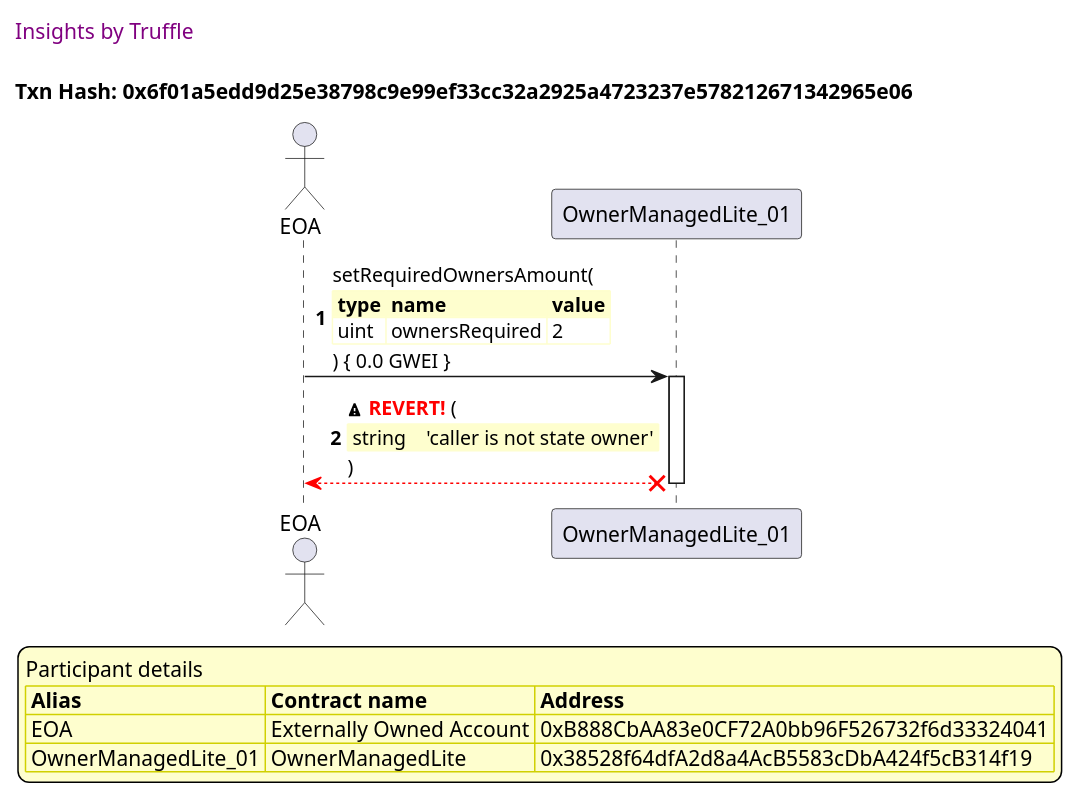
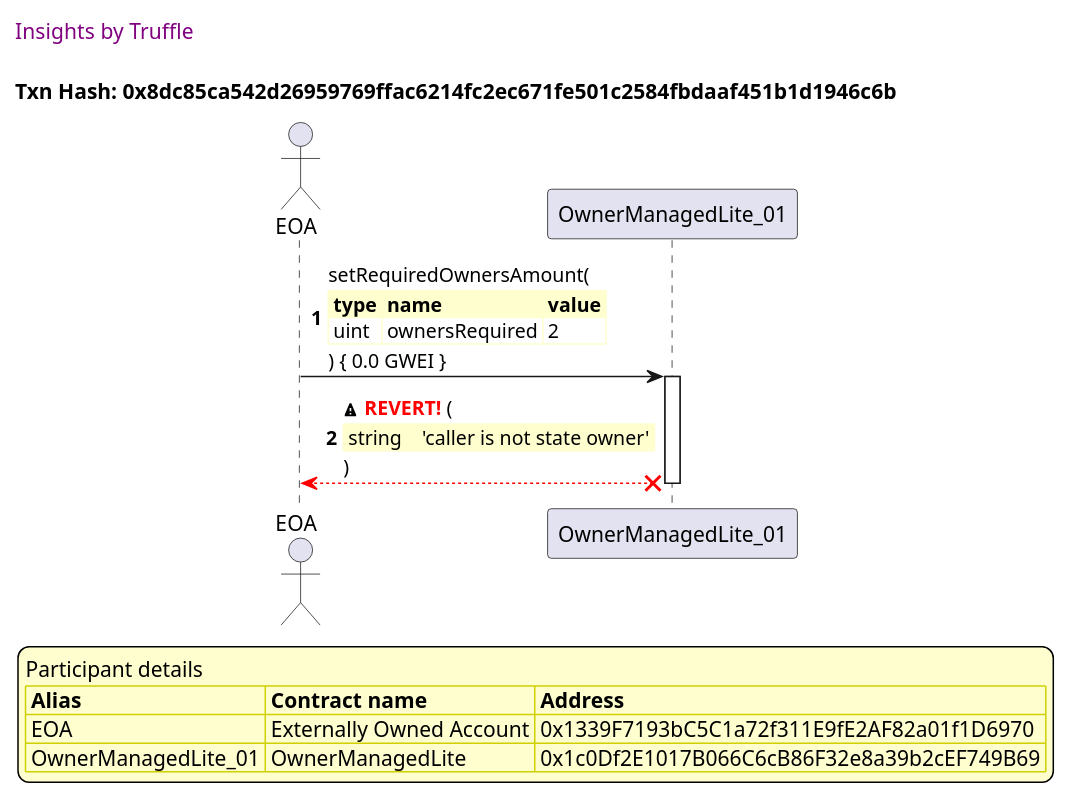
The third of 28 diagrams in truffle-seq/OwnerManagedLite_test_required_owners_amount.md (thedarkjester/ConsensysAssignment), drawn with PlantUML before and after one commit. The commit also changed other lines of this file and 13 other files, not shown here.

````diff
--- a/truffle-seq/OwnerManagedLite_test_required_owners_amount.md
+++ b/truffle-seq/OwnerManagedLite_test_required_owners_amount.md
@@ -103,43 +103,43 @@
 ```plantuml
 
 
 @startuml
 
 autonumber
 skinparam legendBackgroundColor #FEFECE
 
 <style>
       header {
         HorizontalAlignment left
         FontColor purple
         FontSize 14
         Padding 10
       }
     </style>
 
 header Insights by Truffle
 
-title Txn Hash: 0x6f01a5edd9d25e38798c9e99ef33cc32a2925a4723237e578212671342965e06
+title Txn Hash: 0x8dc85ca542d26959769ffac6214fc2ec671fe501c2584fbdaaf451b1d1946c6b
 
 
 actor EOA as "EOA"
 participant OwnerManagedLite_01 as "OwnerManagedLite_01"
 
 "EOA" -> "OwnerManagedLite_01" ++: setRequiredOwnersAmount(\n\
 <#FEFECE,#FEFECE>|= type |= name |= value |\n\
 | uint | ownersRequired | 2 |\n\
 ) { 0.0 GWEI }
 "OwnerManagedLite_01" x-[#red]-> "EOA" --: <&warning> <color #red>**REVERT!**</color> (\n\
 <#FEFECE,#FEFECE>| string |  | 'caller is not state owner' |\n\
 )
 deactivate "OwnerManagedLite_01"
 
 legend
 Participant details
 <#FEFECE,#D0D000>|= Alias |= Contract name |= Address |
-<#FEFECE>| EOA | Externally Owned Account | 0xB888CbAA83e0CF72A0bb96F526732f6d33324041 |
-<#FEFECE>| OwnerManagedLite_01 | OwnerManagedLite | 0x38528f64dfA2d8a4AcB5583cDbA424f5cB314f19 |
+<#FEFECE>| EOA | Externally Owned Account | 0x1339F7193bC5C1a72f311E9fE2AF82a01f1D6970 |
+<#FEFECE>| OwnerManagedLite_01 | OwnerManagedLite | 0x1c0Df2E1017B066C6cB86F32e8a39b2cEF749B69 |
 endlegend
 
 @enduml
 ```
````
